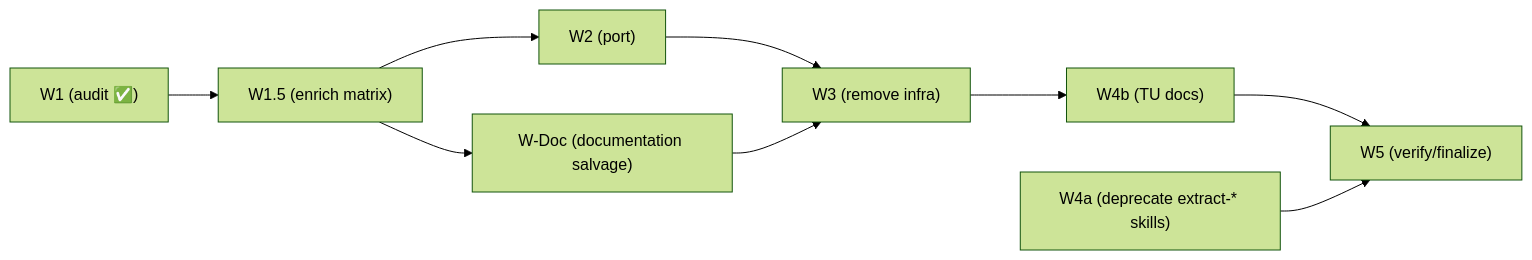
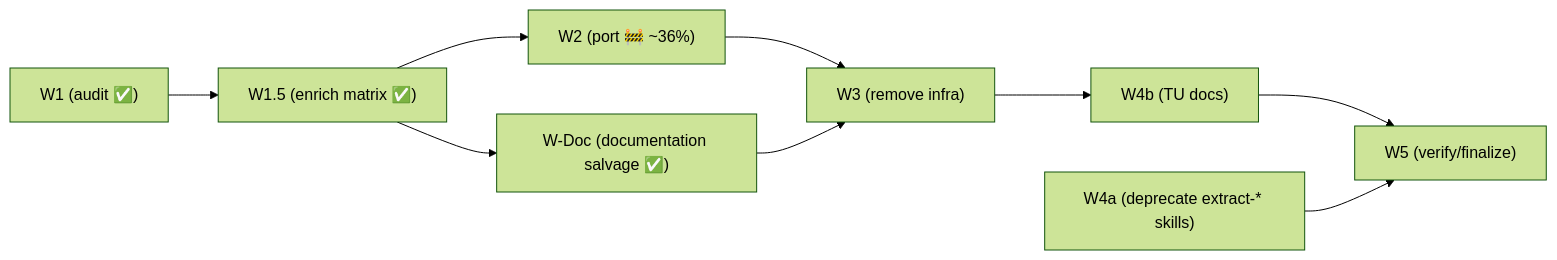
Before and after one commit to ruby-git/ruby-git: the diagram in redesign/Phase 4 - Step B.md, drawn with Mermaid (forest theme). The commit also changed other lines of this file, not shown here.

````diff
--- a/redesign/Phase 4 - Step B.md
+++ b/redesign/Phase 4 - Step B.md
@@ -271,11 +276,11 @@
 ```mermaid
 flowchart LR
-    W1["W1 (audit ✅)"] --> W15["W1.5 (enrich matrix)"]
-    W15 --> W2["W2 (port)"]
-    W15 --> WDoc["W-Doc (documentation salvage)"]
+    W1["W1 (audit ✅)"] --> W15["W1.5 (enrich matrix ✅)"]
+    W15 --> W2["W2 (port 🚧 ~36%)"]
+    W15 --> WDoc["W-Doc (documentation salvage ✅)"]
     W2 --> W3["W3 (remove infra)"]
     WDoc --> W3
     W3 --> W4b["W4b (TU docs)"]
     W4b --> W5["W5 (verify/finalize)"]
     W4a["W4a (deprecate extract-* skills)"] --> W5
 ```
````
